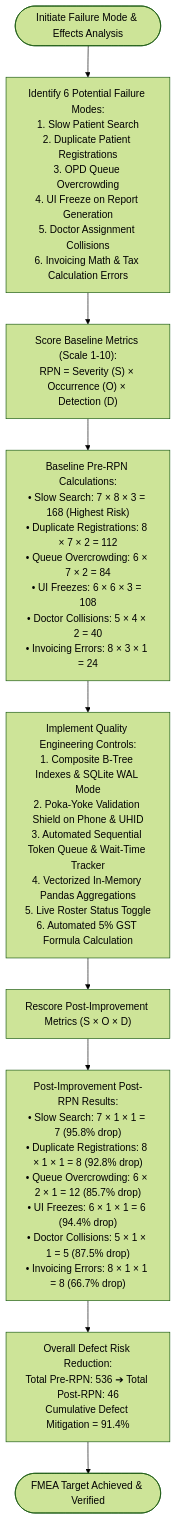
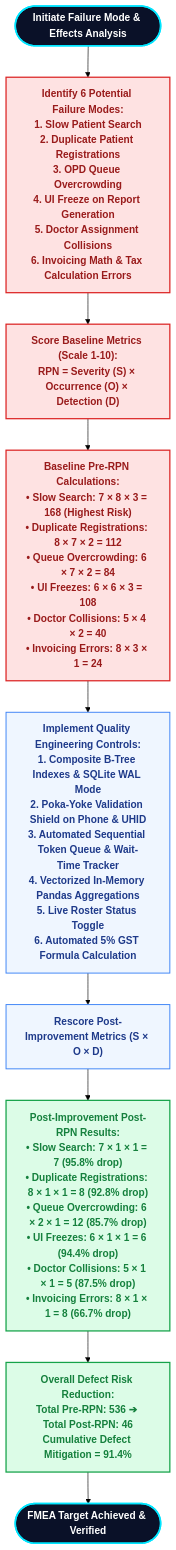
Before and after one commit to bbhupinder5321-lang/BBAT104_TQM_2410301011: the eighth of 8 diagrams in docs/Flowcharts_and_Workflows.md, drawn with Mermaid (forest theme). The commit also changed other lines of this file and 1 other file, not shown here.

Commit message:
style: enhance flowcharts with color-coded stages, defined classes, and visual subgraphs

````diff
--- a/docs/Flowcharts_and_Workflows.md
+++ b/docs/Flowcharts_and_Workflows.md
@@ -329,15 +400,20 @@
 ```mermaid
 flowchart TD
-    StartFMEA([Initiate Failure Mode & Effects Analysis]) --> IdentifyModes["Identify 6 Potential Failure Modes:<br/>1. Slow Patient Search<br/>2. Duplicate Patient Registrations<br/>3. OPD Queue Overcrowding<br/>4. UI Freeze on Report Generation<br/>5. Doctor Assignment Collisions<br/>6. Invoicing Math & Tax Calculation Errors"]
+    classDef startPill fill:#0A1128,stroke:#00E5FF,stroke-width:2.5px,color:#FFFFFF,font-weight:bold;
+    classDef redRisk fill:#FEE2E2,stroke:#DC2626,stroke-width:2px,color:#991B1B,font-weight:bold;
+    classDef blueCtrl fill:#EFF6FF,stroke:#3B82F6,stroke-width:1.5px,color:#1E3A8A,font-weight:bold;
+    classDef greenRes fill:#DCFCE7,stroke:#16A34A,stroke-width:2px,color:#15803D,font-weight:bold;
+
+    StartFMEA([Initiate Failure Mode & Effects Analysis]):::startPill --> IdentifyModes["Identify 6 Potential Failure Modes:<br/>1. Slow Patient Search<br/>2. Duplicate Patient Registrations<br/>3. OPD Queue Overcrowding<br/>4. UI Freeze on Report Generation<br/>5. Doctor Assignment Collisions<br/>6. Invoicing Math & Tax Calculation Errors"]:::redRisk
     
-    IdentifyModes --> ScoreBaseline["Score Baseline Metrics (Scale 1-10):<br/>RPN = Severity (S) × Occurrence (O) × Detection (D)"]
-    ScoreBaseline --> BaselineMatrix["Baseline Pre-RPN Calculations:<br/>• Slow Search: 7 × 8 × 3 = 168 (Highest Risk)<br/>• Duplicate Registrations: 8 × 7 × 2 = 112<br/>• Queue Overcrowding: 6 × 7 × 2 = 84<br/>• UI Freezes: 6 × 6 × 3 = 108<br/>• Doctor Collisions: 5 × 4 × 2 = 40<br/>• Invoicing Errors: 8 × 3 × 1 = 24"]
+    IdentifyModes --> ScoreBaseline["Score Baseline Metrics (Scale 1-10):<br/>RPN = Severity (S) × Occurrence (O) × Detection (D)"]:::redRisk
+    ScoreBaseline --> BaselineMatrix["Baseline Pre-RPN Calculations:<br/>• Slow Search: 7 × 8 × 3 = 168 (Highest Risk)<br/>• Duplicate Registrations: 8 × 7 × 2 = 112<br/>• Queue Overcrowding: 6 × 7 × 2 = 84<br/>• UI Freezes: 6 × 6 × 3 = 108<br/>• Doctor Collisions: 5 × 4 × 2 = 40<br/>• Invoicing Errors: 8 × 3 × 1 = 24"]:::redRisk
     
-    BaselineMatrix --> ApplyControls["Implement Quality Engineering Controls:<br/>1. Composite B-Tree Indexes & SQLite WAL Mode<br/>2. Poka-Yoke Validation Shield on Phone & UHID<br/>3. Automated Sequential Token Queue & Wait-Time Tracker<br/>4. Vectorized In-Memory Pandas Aggregations<br/>5. Live Roster Status Toggle<br/>6. Automated 5% GST Formula Calculation"]
+    BaselineMatrix --> ApplyControls["Implement Quality Engineering Controls:<br/>1. Composite B-Tree Indexes & SQLite WAL Mode<br/>2. Poka-Yoke Validation Shield on Phone & UHID<br/>3. Automated Sequential Token Queue & Wait-Time Tracker<br/>4. Vectorized In-Memory Pandas Aggregations<br/>5. Live Roster Status Toggle<br/>6. Automated 5% GST Formula Calculation"]:::blueCtrl
     
-    ApplyControls --> RescorePost["Rescore Post-Improvement Metrics (S × O × D)"]
-    RescorePost --> PostMatrix["Post-Improvement Post-RPN Results:<br/>• Slow Search: 7 × 1 × 1 = 7 (95.8% drop)<br/>• Duplicate Registrations: 8 × 1 × 1 = 8 (92.8% drop)<br/>• Queue Overcrowding: 6 × 2 × 1 = 12 (85.7% drop)<br/>• UI Freezes: 6 × 1 × 1 = 6 (94.4% drop)<br/>• Doctor Collisions: 5 × 1 × 1 = 5 (87.5% drop)<br/>• Invoicing Errors: 8 × 1 × 1 = 8 (66.7% drop)"]
+    ApplyControls --> RescorePost["Rescore Post-Improvement Metrics (S × O × D)"]:::blueCtrl
+    RescorePost --> PostMatrix["Post-Improvement Post-RPN Results:<br/>• Slow Search: 7 × 1 × 1 = 7 (95.8% drop)<br/>• Duplicate Registrations: 8 × 1 × 1 = 8 (92.8% drop)<br/>• Queue Overcrowding: 6 × 2 × 1 = 12 (85.7% drop)<br/>• UI Freezes: 6 × 1 × 1 = 6 (94.4% drop)<br/>• Doctor Collisions: 5 × 1 × 1 = 5 (87.5% drop)<br/>• Invoicing Errors: 8 × 1 × 1 = 8 (66.7% drop)"]:::greenRes
     
-    PostMatrix --> CalculateReduction["Overall Defect Risk Reduction:<br/>Total Pre-RPN: 536 ➔ Total Post-RPN: 46<br/>Cumulative Defect Mitigation = 91.4%"]
-    CalculateReduction --> ConcludeFMEA([FMEA Target Achieved & Verified])
+    PostMatrix --> CalculateReduction["Overall Defect Risk Reduction:<br/>Total Pre-RPN: 536 ➔ Total Post-RPN: 46<br/>Cumulative Defect Mitigation = 91.4%"]:::greenRes
+    CalculateReduction --> ConcludeFMEA([FMEA Target Achieved & Verified]):::startPill
 ```
````
